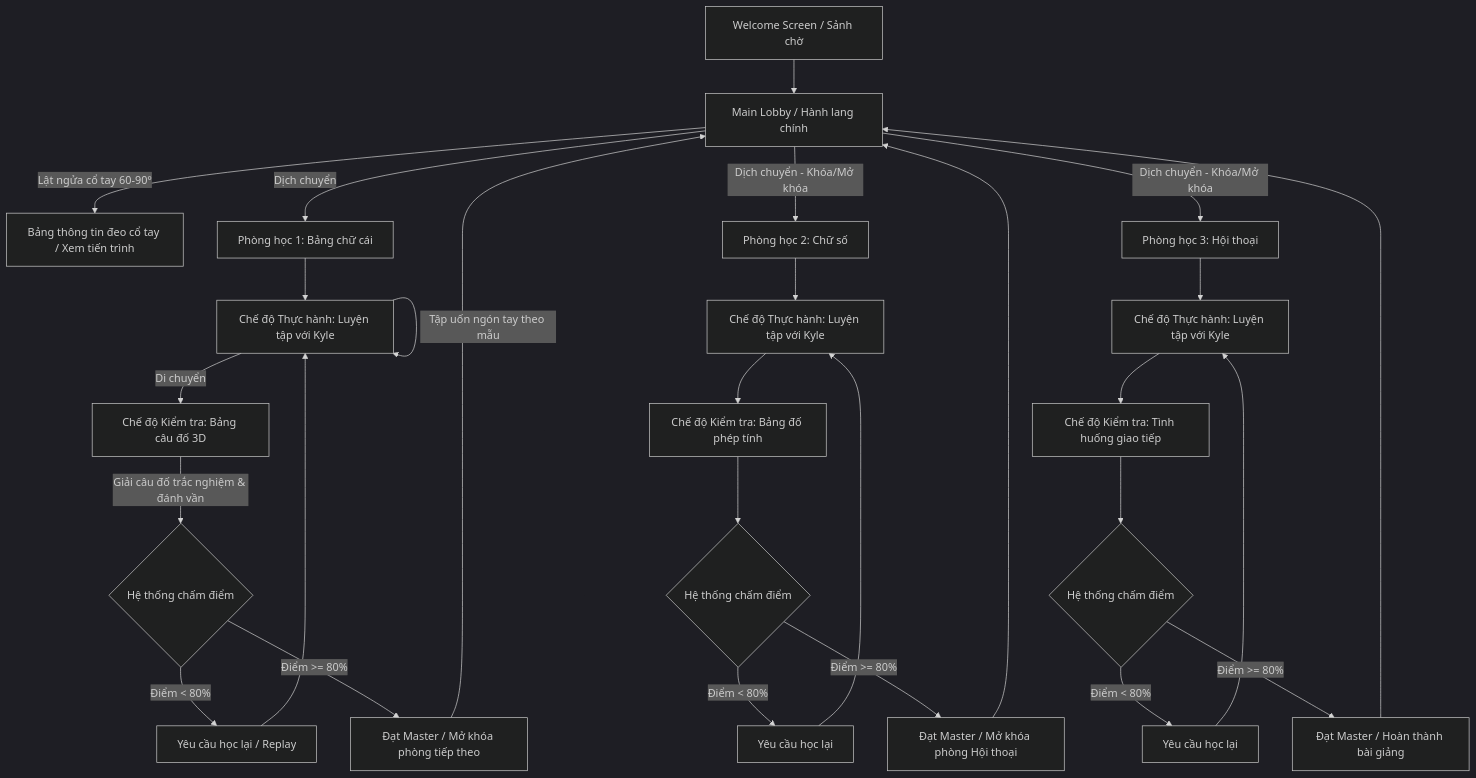
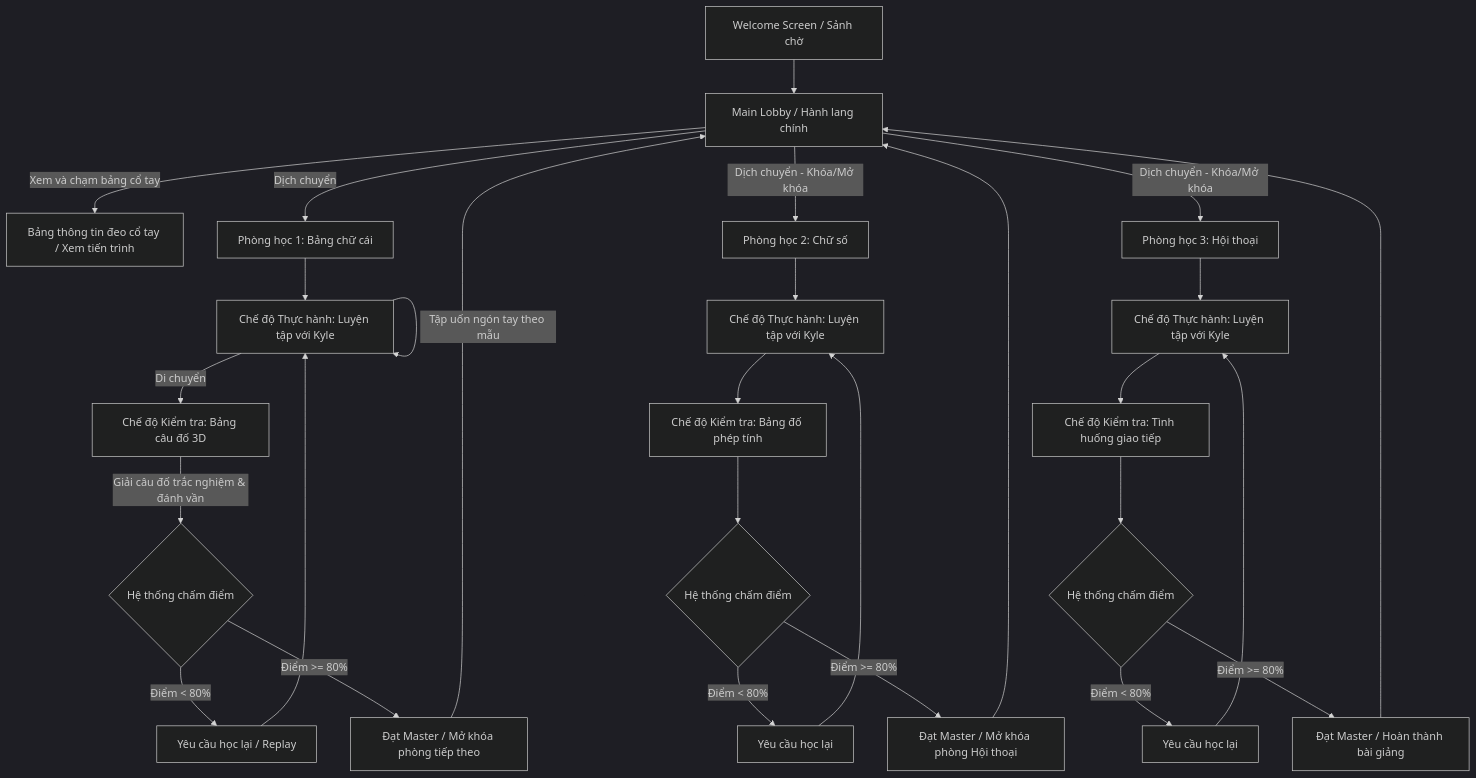
One commit to MinhTrinh04/ASL changed the first of 2 diagrams in docs/DATN/11-Chương_4_Phân_tích_thiết_kế_triển_khai_và_đánh_giá.md. Above: the diagram before and after it, drawn with Mermaid (dark theme). The commit also changed other lines of this file and 2 other files, not shown here.

````diff
--- a/docs/DATN/11-Chương_4_Phân_tích_thiết_kế_triển_khai_và_đánh_giá.md
+++ b/docs/DATN/11-Chương_4_Phân_tích_thiết_kế_triển_khai_và_đánh_giá.md
@@ -44,33 +41,33 @@
 ```mermaid
 graph TD
     A[Welcome Screen / Sảnh chờ] --> B[Main Lobby / Hành lang chính]
-    B -->|Lật ngửa cổ tay 60-90°| C[Bảng thông tin đeo cổ tay / Xem tiến trình]
+    B -->|Xem và chạm bảng cổ tay| C[Bảng thông tin đeo cổ tay / Xem tiến trình]
     B -->|Dịch chuyển| D[Phòng học 1: Bảng chữ cái]
     B -->|Dịch chuyển - Khóa/Mở khóa| E[Phòng học 2: Chữ số]
     B -->|Dịch chuyển - Khóa/Mở khóa| F[Phòng học 3: Hội thoại]
-    
+
     D --> D1[Chế độ Thực hành: Luyện tập với Kyle]
     D1 -->|Tập uốn ngón tay theo mẫu| D1
     D1 -->|Di chuyển| D2[Chế độ Kiểm tra: Bảng câu đố 3D]
     D2 -->|Giải câu đố trắc nghiệm & đánh vần| D3{Hệ thống chấm điểm}
     D3 -->|Điểm < 80%| D4[Yêu cầu học lại / Replay]
     D4 --> D1
     D3 -->|Điểm >= 80%| D5[Đạt Master / Mở khóa phòng tiếp theo]
     D5 --> B
-    
+
     E --> E1[Chế độ Thực hành: Luyện tập với Kyle]
     E1 --> E2[Chế độ Kiểm tra: Bảng đố phép tính]
     E2 --> E3{Hệ thống chấm điểm}
     E3 -->|Điểm < 80%| E4[Yêu cầu học lại]
     E4 --> E1
     E3 -->|Điểm >= 80%| E5[Đạt Master / Mở khóa phòng Hội thoại]
     E5 --> B
-    
+
     F --> F1[Chế độ Thực hành: Luyện tập với Kyle]
     F1 --> F2[Chế độ Kiểm tra: Tình huống giao tiếp]
     F2 --> F3{Hệ thống chấm điểm}
     F3 -->|Điểm < 80%| F4[Yêu cầu học lại]
     F4 --> F1
     F3 -->|Điểm >= 80%| F5[Đạt Master / Hoàn thành bài giảng]
     F5 --> B
 ```
````
